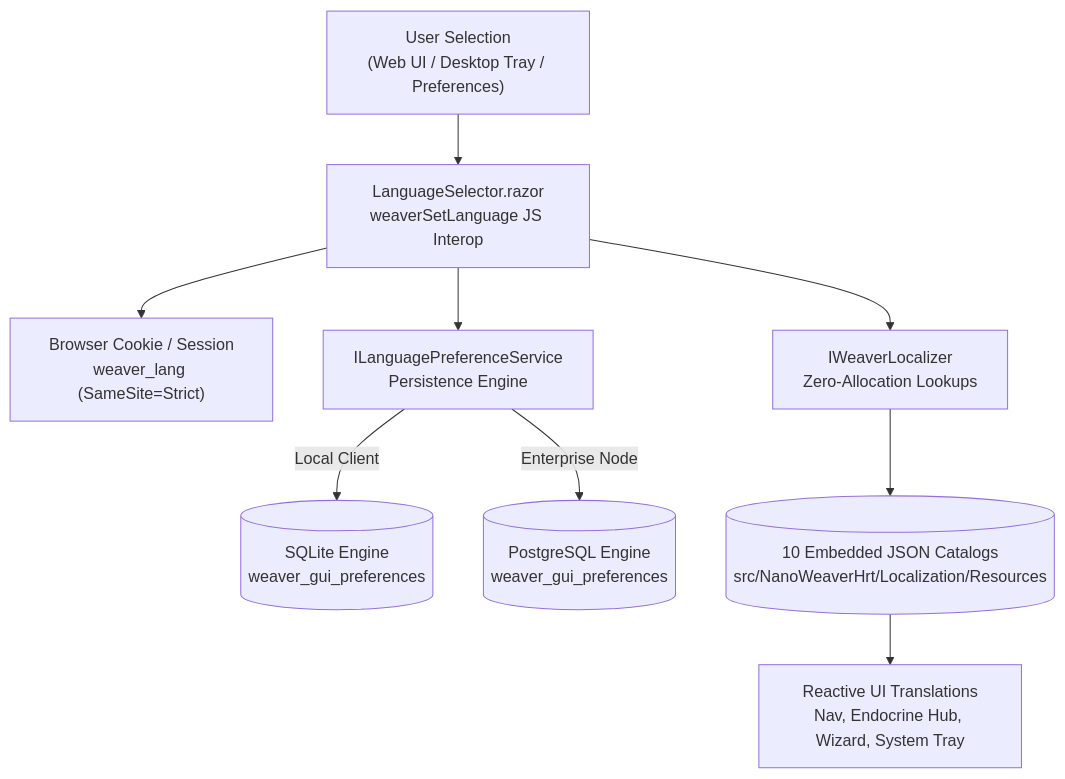
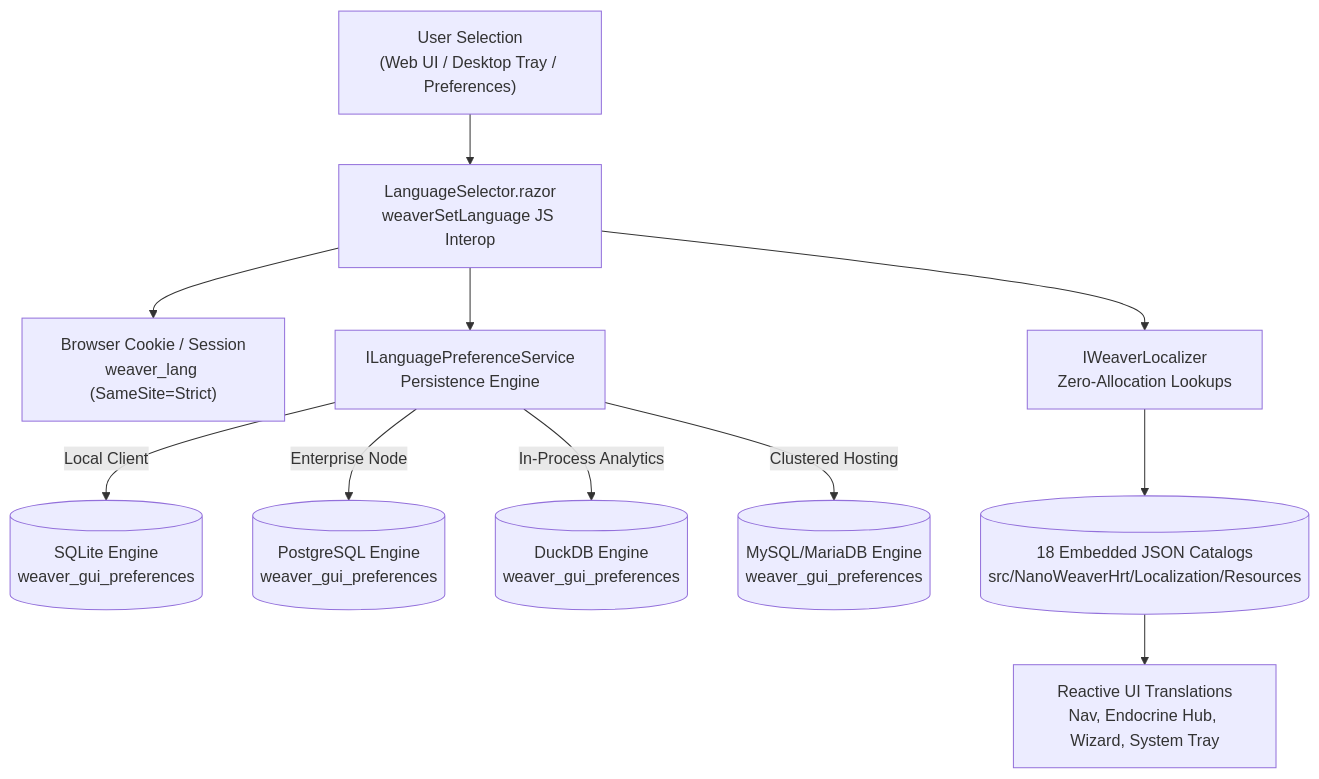
The diagram in docs/localization.md (lantea-one/nanoweaver-hrt), drawn with Mermaid before and after one commit. The commit also changed other lines of this file and 34 other files, not shown here.

````diff
--- a/docs/localization.md
+++ b/docs/localization.md
@@ -17,11 +17,13 @@
 ```mermaid
 flowchart TD
     User["User Selection<br>(Web UI / Desktop Tray / Preferences)"] --> Dispatcher["LanguageSelector.razor<br>weaverSetLanguage JS Interop"]
     Dispatcher --> Cookie["Browser Cookie / Session<br>weaver_lang (SameSite=Strict)"]
     Dispatcher --> Service["ILanguagePreferenceService<br>Persistence Engine"]
     Service -->|Local Client| Sqlite[("SQLite Engine<br>weaver_gui_preferences")]
     Service -->|Enterprise Node| Postgres[("PostgreSQL Engine<br>weaver_gui_preferences")]
+    Service -->|In-Process Analytics| DuckDb[("DuckDB Engine<br>weaver_gui_preferences")]
+    Service -->|Clustered Hosting| MySql[("MySQL/MariaDB Engine<br>weaver_gui_preferences")]
     Dispatcher --> Localizer["IWeaverLocalizer<br>Zero-Allocation Lookups"]
-    Localizer --> Catalogs[("10 Embedded JSON Catalogs<br>src/NanoWeaverHrt/Localization/Resources")]
+    Localizer --> Catalogs[("18 Embedded JSON Catalogs<br>src/NanoWeaverHrt/Localization/Resources")]
     Catalogs --> UI["Reactive UI Translations<br>Nav, Endocrine Hub, Wizard, System Tray"]
 ```
````
